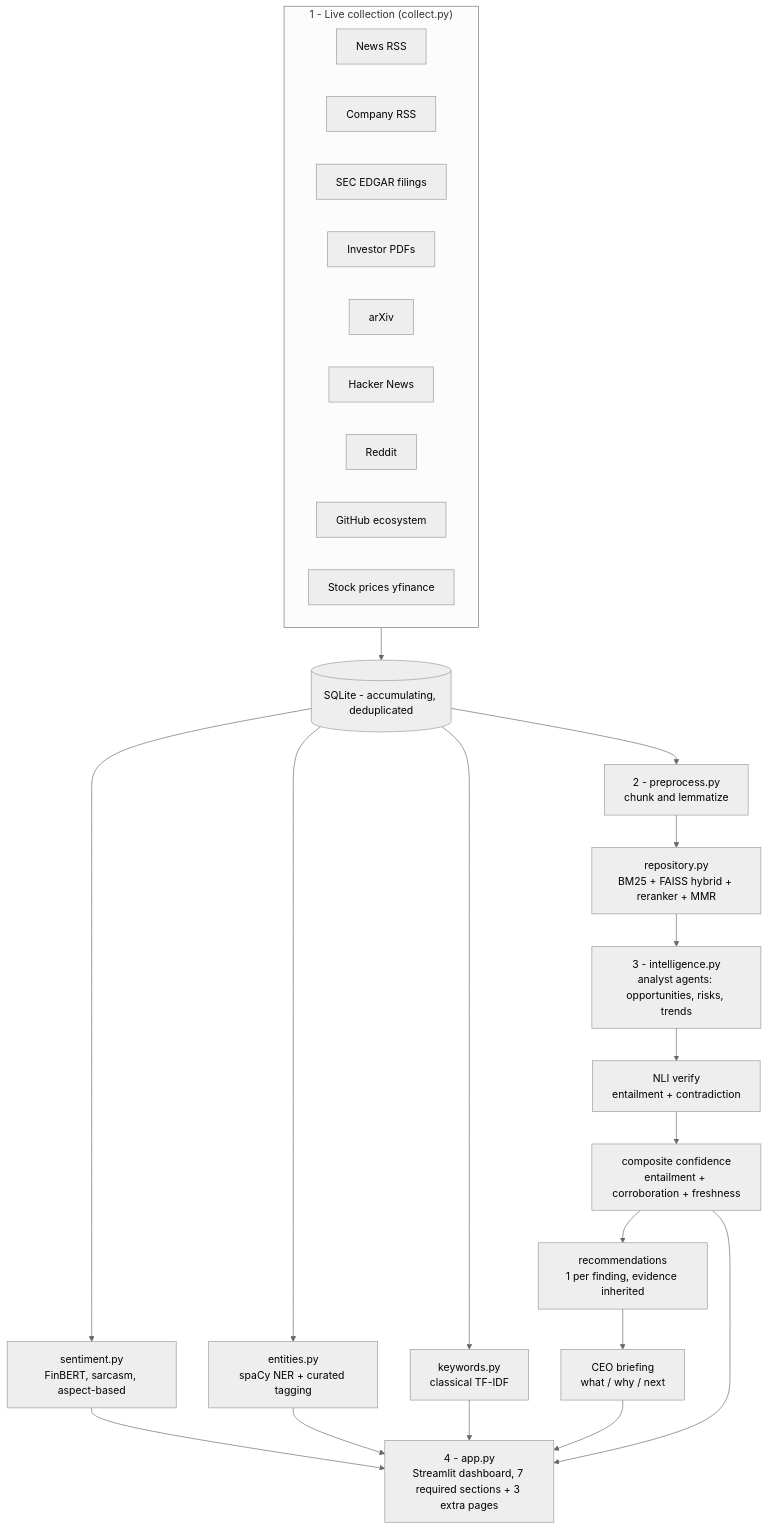
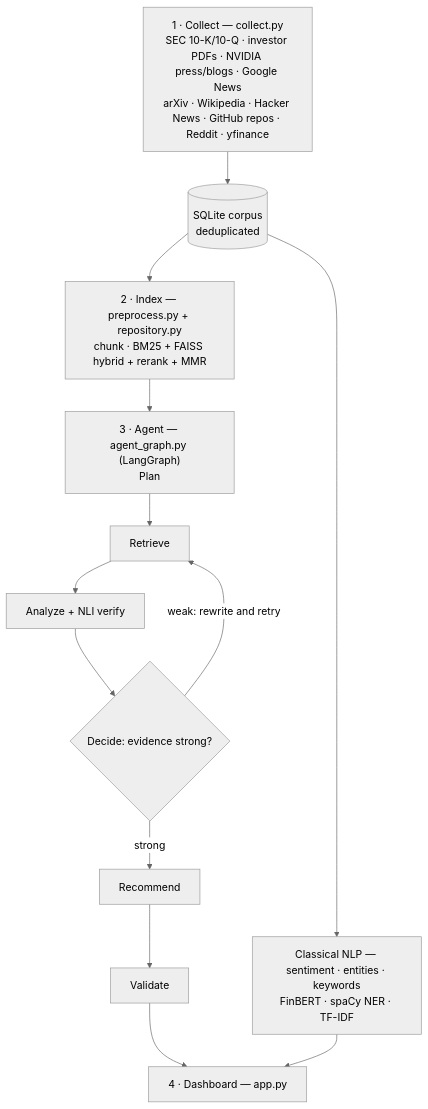
Before and after one commit to AnushkaSDBI/NVIDIA-CEO-AGENT: the diagram in README.md, drawn with Mermaid (neutral theme). The commit also changed other lines of this file and 34 other files, not shown here.

````diff
--- a/README.md
+++ b/README.md
@@ -119,31 +101,18 @@
 ```mermaid
 flowchart TD
-    subgraph Collect["1 - Live collection (collect.py)"]
-        N[News RSS]
-        C[Company RSS]
-        S[SEC EDGAR filings]
-        P[Investor PDFs]
-        A[arXiv]
-        H[Hacker News]
-        R[Reddit]
-        G[GitHub ecosystem]
-        M[Stock prices yfinance]
-    end
+    SRC["1 · Collect — collect.py<br/>SEC 10-K/10-Q · investor PDFs · NVIDIA press/blogs · Google News<br/>arXiv · Wikipedia · Hacker News · GitHub repos · Reddit · yfinance"]
+    SRC --> DB[("SQLite corpus<br/>deduplicated")]
+    DB --> IDX["2 · Index — preprocess.py + repository.py<br/>chunk · BM25 + FAISS hybrid + rerank + MMR"]
+    DB --> NLP["Classical NLP — sentiment · entities · keywords<br/>FinBERT · spaCy NER · TF-IDF"]
 
-    Collect --> DB[(SQLite - accumulating, deduplicated)]
-    DB --> PRE[2 - preprocess.py<br/>chunk and lemmatize]
-    PRE --> IDX[repository.py<br/>BM25 + FAISS hybrid + reranker + MMR]
-    DB --> SENT[sentiment.py<br/>FinBERT, sarcasm, aspect-based]
-    DB --> ENT[entities.py<br/>spaCy NER + curated tagging]
-    DB --> KW[keywords.py<br/>classical TF-IDF]
-    IDX --> IE[3 - intelligence.py<br/>analyst agents: opportunities, risks, trends]
-    IE --> VER[NLI verify<br/>entailment + contradiction]
-    VER --> SCORE[composite confidence<br/>entailment + corroboration + freshness]
-    SCORE --> REC[recommendations<br/>1 per finding, evidence inherited]
-    REC --> BRIEF[CEO briefing<br/>what / why / next]
-    SENT --> APP
-    ENT --> APP
-    KW --> APP
-    BRIEF --> APP[4 - app.py<br/>Streamlit dashboard, 7 required sections + 3 extra pages]
-    SCORE --> APP
+    IDX --> PLAN["3 · Agent — agent_graph.py (LangGraph)<br/>Plan"]
+    PLAN --> RET["Retrieve"]
+    RET --> ANA["Analyze + NLI verify"]
+    ANA --> DEC{"Decide: evidence strong?"}
+    DEC -->|weak: rewrite and retry| RET
+    DEC -->|strong| REC["Recommend"]
+    REC --> VAL["Validate"]
+
+    VAL --> APP["4 · Dashboard — app.py"]
+    NLP --> APP
 ```
````
